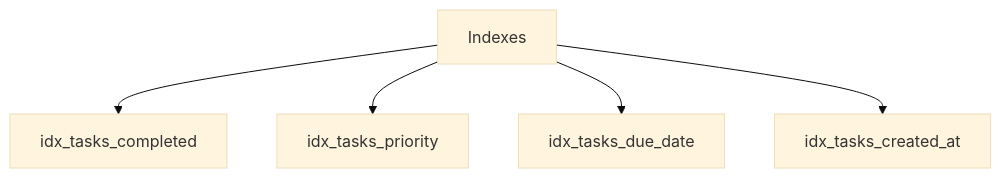
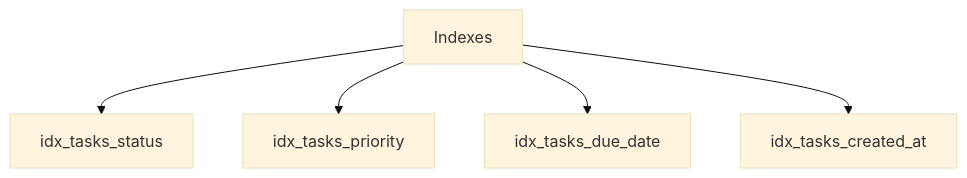
One commit to vilainricardo/AVA_TaskFlowAPI changed the second of 2 diagrams in diagrams/taskflow_database_model_enterprise.md. Above: the diagram before and after it, drawn with Mermaid (base theme). The commit also changed other lines of this file and 18 other files, not shown here.

````diff
--- a/diagrams/taskflow_database_model_enterprise.md
+++ b/diagrams/taskflow_database_model_enterprise.md
@@ -24,7 +24,7 @@
 ```mermaid
 flowchart TD
-A[Indexes] --> B[idx_tasks_completed]
+A[Indexes] --> B[idx_tasks_status]
 A --> C[idx_tasks_priority]
 A --> D[idx_tasks_due_date]
 A --> E[idx_tasks_created_at]
 ```
````
